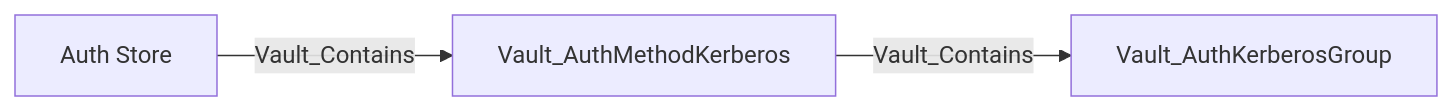
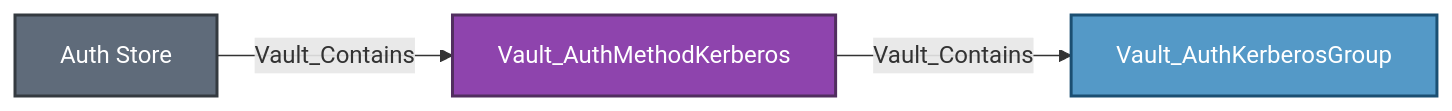
One commit to bytewreck/opengraph-vault changed diagram 14 of 28 in Documentation/stores/AUTH.md. Above: the diagram before and after it, drawn with Mermaid. The commit also changed other lines of this file, not shown here.

````diff
--- a/Documentation/stores/AUTH.md
+++ b/Documentation/stores/AUTH.md
@@ -738,5 +799,9 @@
 ```mermaid
 flowchart LR
-    store[Auth Store] -->|Vault_Contains| method[Vault_AuthMethodKerberos]
-    method -->|Vault_Contains| group[Vault_AuthKerberosGroup]
+    store[Auth Store]:::storeNode -->|Vault_Contains| method[Vault_AuthMethodKerberos]:::authMethodNode
+    method -->|Vault_Contains| group[Vault_AuthKerberosGroup]:::authGroupNode
+
+    classDef storeNode fill:#5F6B7A,color:#fff,stroke:#343A40,stroke-width:2px
+    classDef authMethodNode fill:#8E44AD,color:#fff,stroke:#512E5F,stroke-width:2px
+    classDef authGroupNode fill:#5499C7,color:#fff,stroke:#1B4F72,stroke-width:2px
 ```
````
